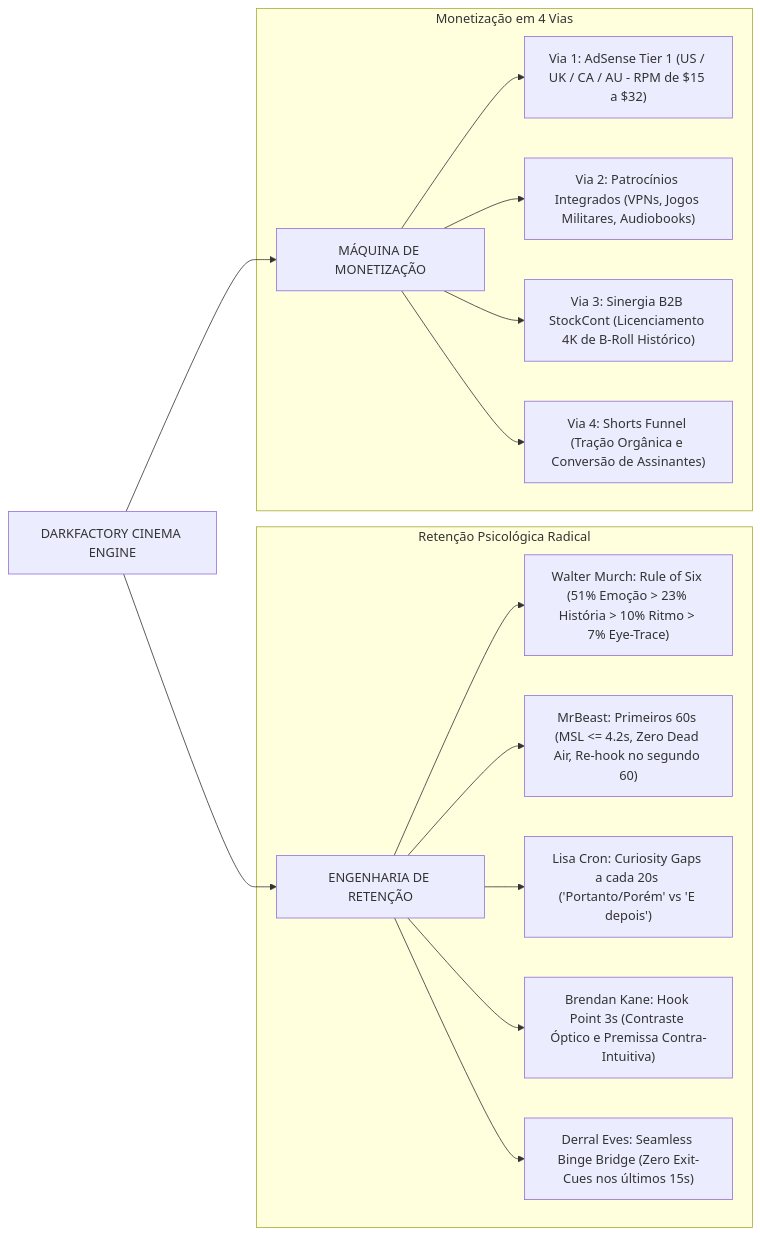
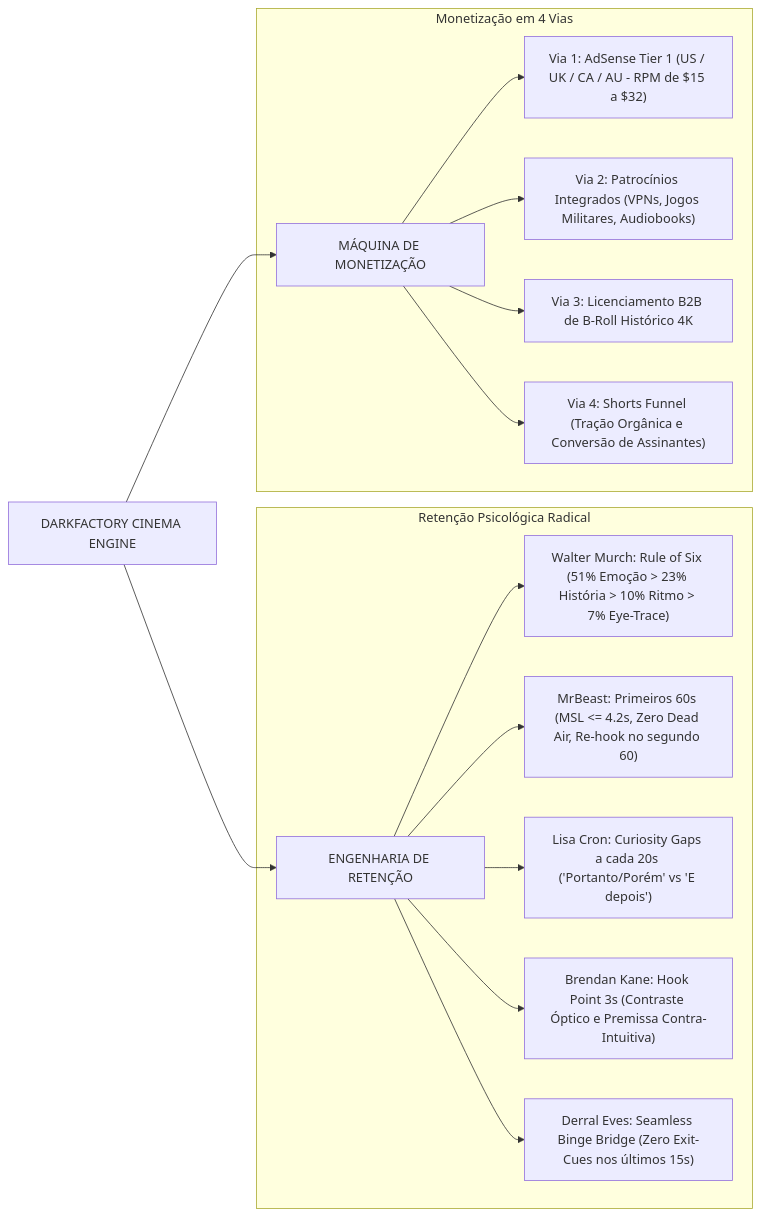
One commit to ciamarrojonatan-droid/darkfactory changed the second of 5 diagrams in README.md. Above: the diagram before and after it, drawn with Mermaid. The commit also changed other lines of this file and 102 other files, not shown here.

````diff
--- a/README.md
+++ b/README.md
@@ -108,20 +108,20 @@
 ```mermaid
 flowchart LR
     DF["DARKFACTORY CINEMA ENGINE"] --> R["ENGENHARIA DE RETENÇÃO"]
     DF --> M["MÁQUINA DE MONETIZAÇÃO"]
 
     subgraph RET["Retenção Psicológica Radical"]
         R --> R1["Walter Murch: Rule of Six (51% Emoção > 23% História > 10% Ritmo > 7% Eye-Trace)"]
         R --> R2["MrBeast: Primeiros 60s (MSL <= 4.2s, Zero Dead Air, Re-hook no segundo 60)"]
         R --> R3["Lisa Cron: Curiosity Gaps a cada 20s ('Portanto/Porém' vs 'E depois')"]
         R --> R4["Brendan Kane: Hook Point 3s (Contraste Óptico e Premissa Contra-Intuitiva)"]
         R --> R5["Derral Eves: Seamless Binge Bridge (Zero Exit-Cues nos últimos 15s)"]
     end
 
     subgraph MON["Monetização em 4 Vias"]
         M --> V1["Via 1: AdSense Tier 1 (US / UK / CA / AU - RPM de $15 a $32)"]
         M --> V2["Via 2: Patrocínios Integrados (VPNs, Jogos Militares, Audiobooks)"]
-        M --> V3["Via 3: Sinergia B2B StockCont (Licenciamento 4K de B-Roll Histórico)"]
+        M --> V3["Via 3: Licenciamento B2B de B-Roll Histórico 4K"]
         M --> V4["Via 4: Shorts Funnel (Tração Orgânica e Conversão de Assinantes)"]
     end
 ```
````
